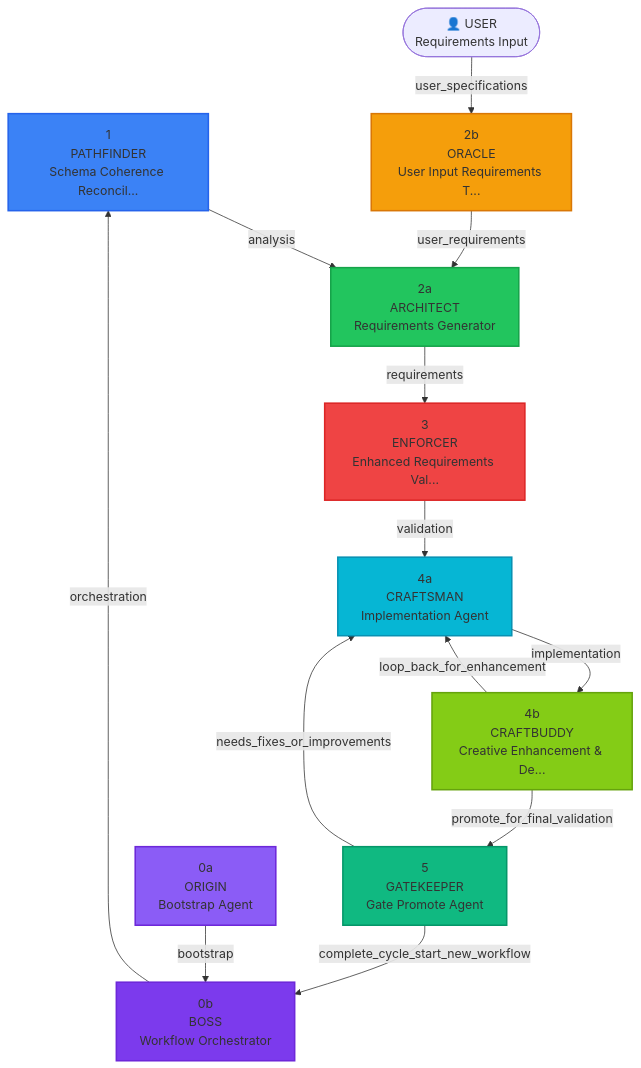
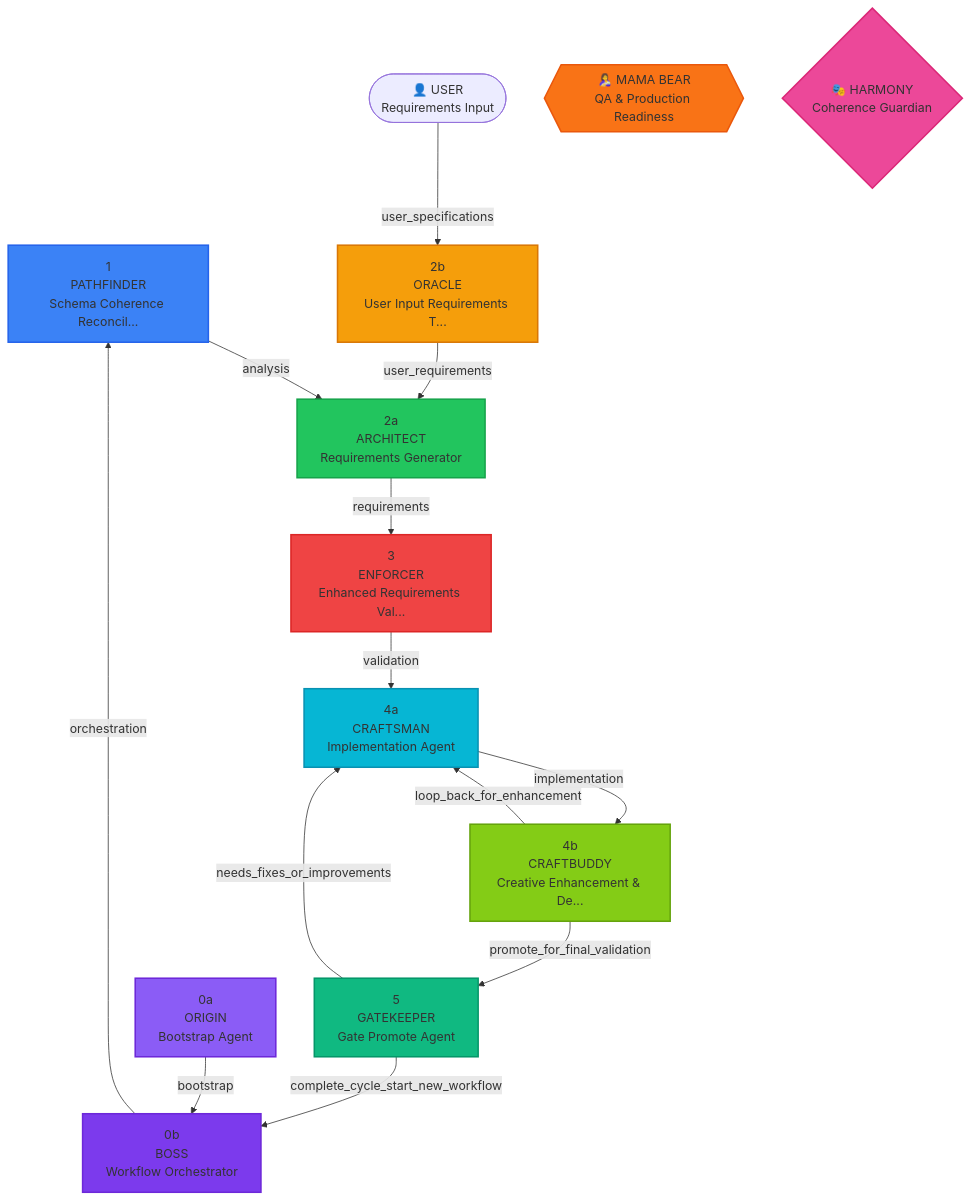
Before and after one commit to purfect-labs/warpcore: the diagram in src/agency/agents/docs/warpcore_agent_flow.mermaid, drawn with Mermaid. The commit also changed 5 other files, not shown here.

First line of the commit message:
Create HARMONY meta-agent and add development tools to flow diagram

```diff
--- a/src/agency/agents/docs/warpcore_agent_flow.mermaid
+++ b/src/agency/agents/docs/warpcore_agent_flow.mermaid
@@ -1,45 +1,53 @@
 flowchart TD
     %% WARPCORE Agent Flow Configuration
     0a["0a<br/>ORIGIN<br/>Bootstrap Agent"]
     0b["0b<br/>BOSS<br/>Workflow Orchestrator"]
     1["1<br/>PATHFINDER<br/>Schema Coherence Reconcil..."]
     2b["2b<br/>ORACLE<br/>User Input Requirements T..."]
     2a["2a<br/>ARCHITECT<br/>Requirements Generator"]
     3["3<br/>ENFORCER<br/>Enhanced Requirements Val..."]
     4a["4a<br/>CRAFTSMAN<br/>Implementation Agent"]
     4b["4b<br/>CRAFTBUDDY<br/>Creative Enhancement & De..."]
     5["5<br/>GATEKEEPER<br/>Gate Promote Agent"]
     USER(["👤 USER<br/>Requirements Input"])
+
+    %% Development Tools
+    MAMA_BEAR{{🤱 MAMA BEAR<br/>QA & Production Readiness}}
+    HARMONY{🎭 HARMONY<br/>Coherence Guardian}
     0a -->|"bootstrap"| 0b
     0b -->|"orchestration"| 1
     1 -->|"analysis"| 2a
     2b -->|"user_requirements"| 2a
     2a -->|"requirements"| 3
     3 -->|"validation"| 4a
     4a -->|"implementation"| 4b
     4b -->|"loop_back_for_enhancement"| 4a
     4b -->|"promote_for_final_validation"| 5
     5 -->|"needs_fixes_or_improvements"| 4a
     5 -->|"complete_cycle_start_new_workflow"| 0b
     USER -->|"user_specifications"| 2b
 
     %% Styling
     classDef origin fill:#8b5cf6,stroke:#6d28d9,stroke-width:2px
     classDef boss fill:#7c3aed,stroke:#6d28d9,stroke-width:2px
     classDef pathfinder fill:#3b82f6,stroke:#2563eb,stroke-width:2px
     classDef oracle fill:#f59e0b,stroke:#d97706,stroke-width:2px
     classDef architect fill:#22c55e,stroke:#16a34a,stroke-width:2px
     classDef enforcer fill:#ef4444,stroke:#dc2626,stroke-width:2px
     classDef craftsman fill:#06b6d4,stroke:#0891b2,stroke-width:2px
     classDef craftbuddy fill:#84cc16,stroke:#65a30d,stroke-width:2px
     classDef gatekeeper fill:#10b981,stroke:#059669,stroke-width:2px
     classDef complete fill:#22c55e,stroke:#16a34a,stroke-width:2px
+    classDef mama_bear fill:#f97316,stroke:#ea580c,stroke-width:2px
+    classDef harmony fill:#ec4899,stroke:#db2777,stroke-width:2px
     class 0a origin
     class 0b boss
     class 1 pathfinder
     class 2b oracle
     class 2a architect
     class 3 enforcer
     class 4a craftsman
     class 4b craftbuddy
     class 5 gatekeeper
+    class MAMA_BEAR mama_bear
+    class HARMONY harmony
```
